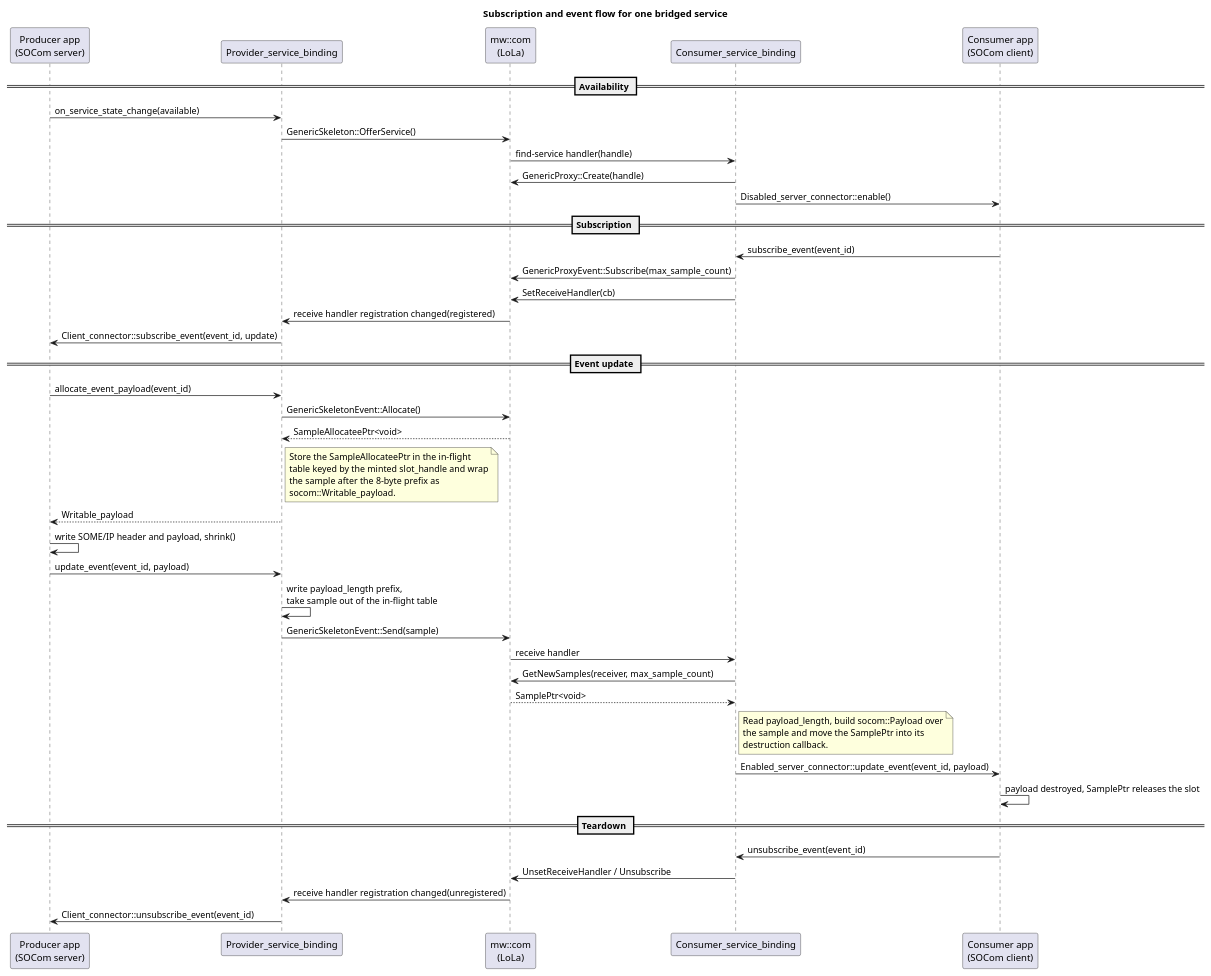
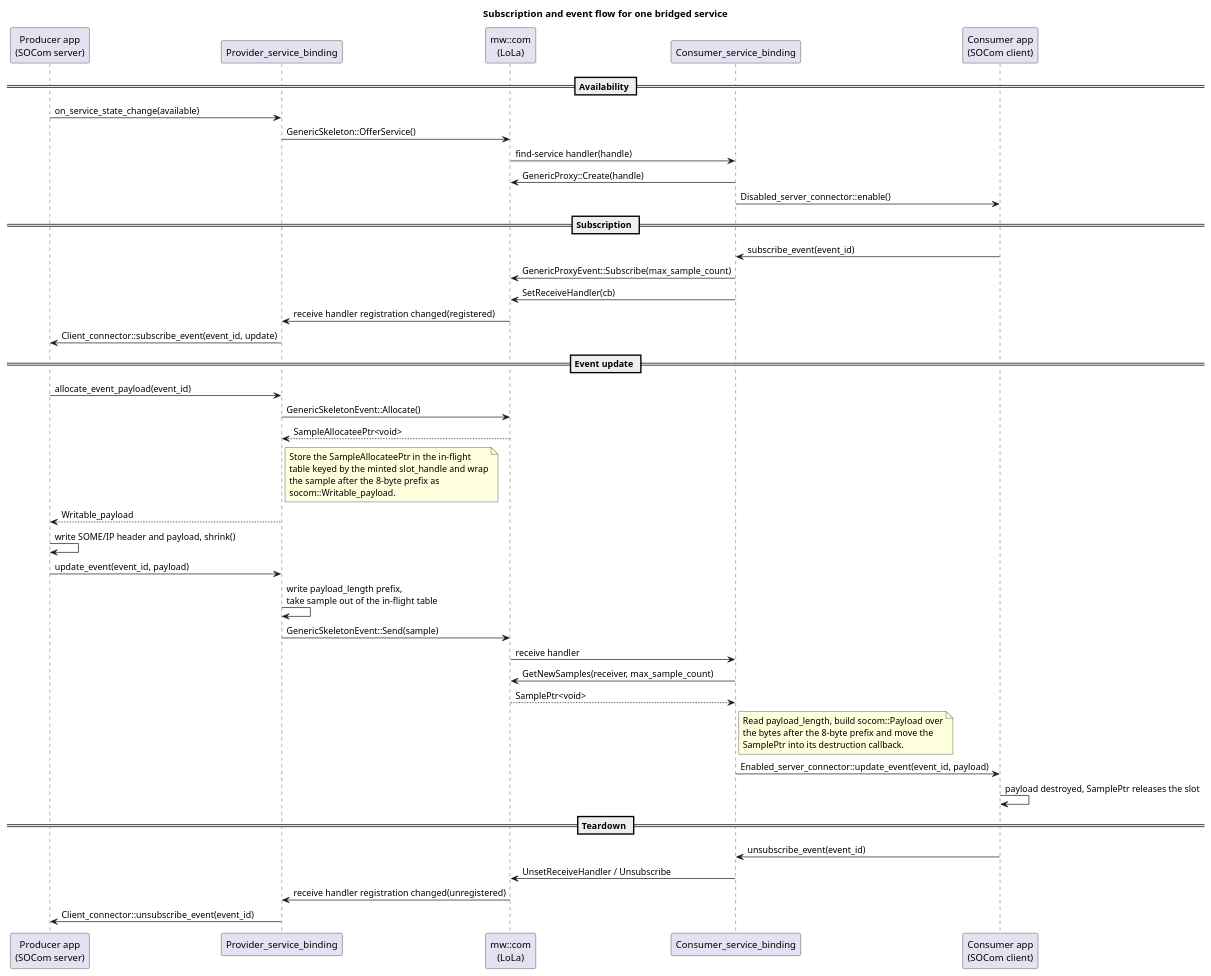
One commit to eclipse-score/inc_someip_gateway changed the diagram in score/gateway_ipc_binding/docs/models/mw_com_event_flow.puml. Above: the diagram before and after it, drawn with PlantUML. The commit also changed 1 other file, not shown here.

```diff
--- a/score/gateway_ipc_binding/docs/models/mw_com_event_flow.puml
+++ b/score/gateway_ipc_binding/docs/models/mw_com_event_flow.puml
@@ -14,56 +14,56 @@
 @startuml
 title Subscription and event flow for one bridged service
 
 participant "Producer app\n(SOCom server)" as prod
 participant "Provider_service_binding" as provider
 participant "mw::com\n(LoLa)" as mwcom
 participant "Consumer_service_binding" as consumer
 participant "Consumer app\n(SOCom client)" as cons
 
 == Availability ==
 prod -> provider : on_service_state_change(available)
 provider -> mwcom : GenericSkeleton::OfferService()
 mwcom -> consumer : find-service handler(handle)
 consumer -> mwcom : GenericProxy::Create(handle)
 consumer -> cons : Disabled_server_connector::enable()
 
 == Subscription ==
 cons -> consumer : subscribe_event(event_id)
 consumer -> mwcom : GenericProxyEvent::Subscribe(max_sample_count)
 consumer -> mwcom : SetReceiveHandler(cb)
 mwcom -> provider : receive handler registration changed(registered)
 provider -> prod : Client_connector::subscribe_event(event_id, update)
 
 == Event update ==
 prod -> provider : allocate_event_payload(event_id)
 provider -> mwcom : GenericSkeletonEvent::Allocate()
 mwcom --> provider : SampleAllocateePtr<void>
 note right of provider
   Store the SampleAllocateePtr in the in-flight
   table keyed by the minted slot_handle and wrap
   the sample after the 8-byte prefix as
   socom::Writable_payload.
 end note
 provider --> prod : Writable_payload
 prod -> prod : write SOME/IP header and payload, shrink()
 prod -> provider : update_event(event_id, payload)
 provider -> provider : write payload_length prefix,\ntake sample out of the in-flight table
 provider -> mwcom : GenericSkeletonEvent::Send(sample)
 
 mwcom -> consumer : receive handler
 consumer -> mwcom : GetNewSamples(receiver, max_sample_count)
 mwcom --> consumer : SamplePtr<void>
 note right of consumer
   Read payload_length, build socom::Payload over
-  the sample and move the SamplePtr into its
-  destruction callback.
+  the bytes after the 8-byte prefix and move the
+  SamplePtr into its destruction callback.
 end note
 consumer -> cons : Enabled_server_connector::update_event(event_id, payload)
 cons -> cons : payload destroyed, SamplePtr releases the slot
 
 == Teardown ==
 cons -> consumer : unsubscribe_event(event_id)
 consumer -> mwcom : UnsetReceiveHandler / Unsubscribe
 mwcom -> provider : receive handler registration changed(unregistered)
 provider -> prod : Client_connector::unsubscribe_event(event_id)
 @enduml
```
